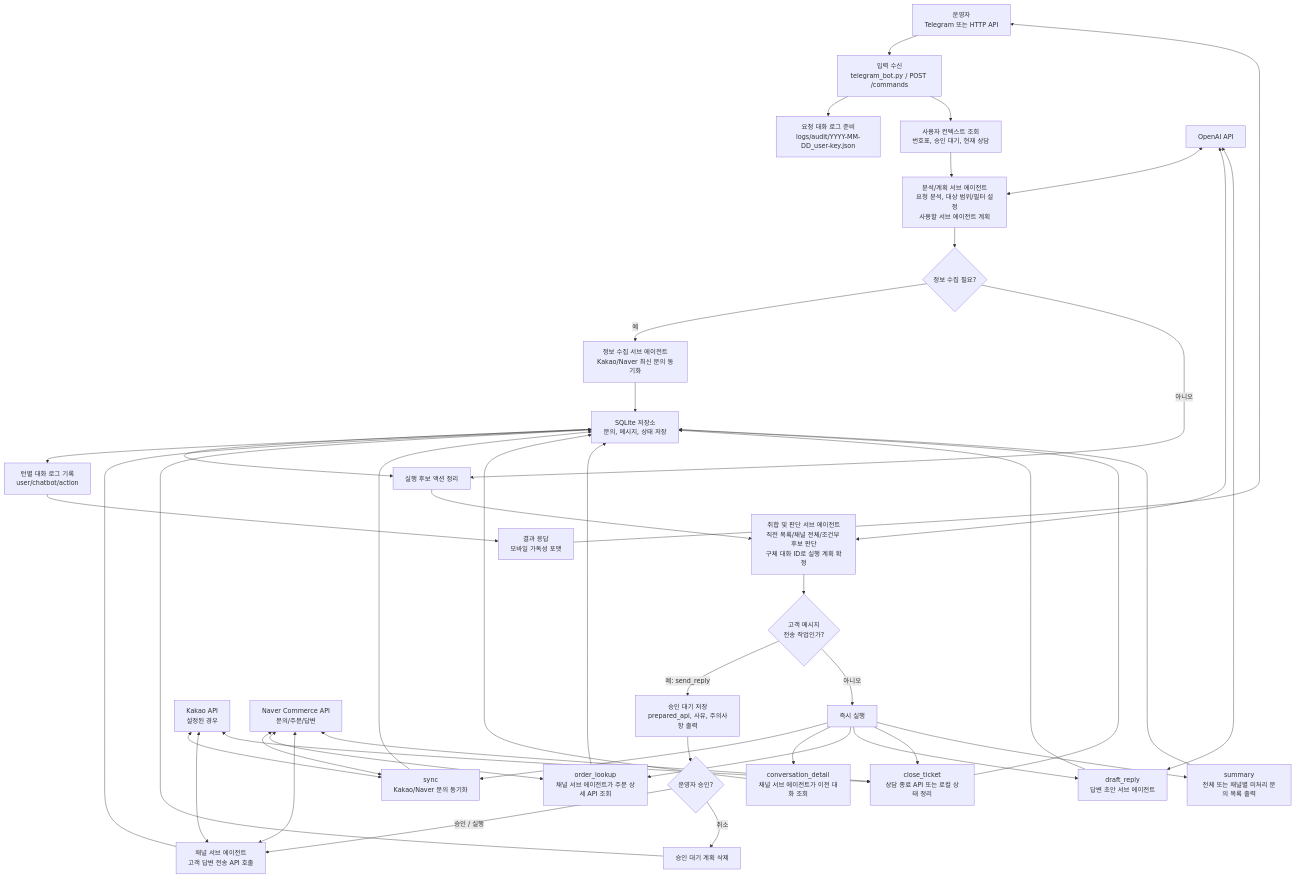
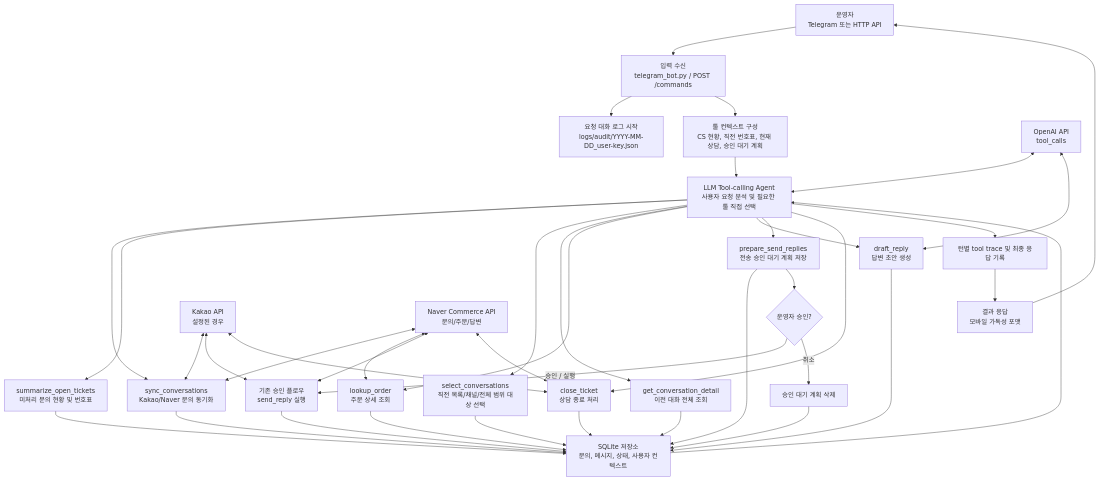
One commit to pardro/shopping-cs changed the diagram in README.md. Above: the diagram before and after it, drawn with Mermaid. The commit also changed other lines of this file and 7 other files, not shown here.

Commit message:
Adopt tool-call CS agent flow

````diff
--- a/README.md
+++ b/README.md
@@ -27,51 +27,46 @@
 ```mermaid
 flowchart TD
     U["운영자<br/>Telegram 또는 HTTP API"] --> IN["입력 수신<br/>telegram_bot.py / POST /commands"]
-    IN --> AUDIT1["요청 대화 로그 준비<br/>logs/audit/YYYY-MM-DD_user-key.json"]
-    IN --> CTX["사용자 컨텍스트 조회<br/>번호표, 승인 대기, 현재 상담"]
-    CTX --> PLAN["분석/계획 서브 에이전트<br/>요청 분석, 대상 범위/필터 설정<br/>사용할 서브 에이전트 계획"]
-    PLAN --> INFO{"정보 수집 필요?"}
-    INFO -- "예" --> COLLECT["정보 수집 서브 에이전트<br/>Kakao/Naver 최신 문의 동기화"]
-    INFO -- "아니오" --> ROUTE["실행 후보 액션 정리"]
-    COLLECT --> REPO["SQLite 저장소<br/>문의, 메시지, 상태 저장"]
-    REPO --> ROUTE
-    ROUTE --> JUDGE["취합 및 판단 서브 에이전트<br/>직전 목록/채널 전체/조건부 후보 판단<br/>구체 대화 ID로 실행 계획 확정"]
-    JUDGE --> APPROVAL{"고객 메시지<br/>전송 작업인가?"}
+    IN --> AUDIT1["요청 대화 로그 시작<br/>logs/audit/YYYY-MM-DD_user-key.json"]
+    IN --> CTX["툴 컨텍스트 구성<br/>CS 현황, 직전 번호표, 현재 상담, 승인 대기 계획"]
+    CTX --> LLM["LLM Tool-calling Agent<br/>사용자 요청 분석 및 필요한 툴 직접 선택"]
 
-    APPROVAL -- "예: send_reply" --> WAIT["승인 대기 저장<br/>prepared_api, 사유, 주의사항 출력"]
-    WAIT --> OPAPPROVE{"운영자 승인?"}
-    OPAPPROVE -- "승인 / 실행" --> SEND["채널 서브 에이전트<br/>고객 답변 전송 API 호출"]
-    OPAPPROVE -- "취소" --> CANCEL["승인 대기 계획 삭제"]
+    LLM --> SYNC["sync_conversations<br/>Kakao/Naver 문의 동기화"]
+    LLM --> SUMMARY["summarize_open_tickets<br/>미처리 문의 현황 및 번호표"]
+    LLM --> SELECT["select_conversations<br/>직전 목록/채널/전체 범위 대상 선택"]
+    LLM --> DETAIL["get_conversation_detail<br/>이전 대화 전체 조회"]
+    LLM --> ORDER["lookup_order<br/>주문 상세 조회"]
+    LLM --> DRAFT["draft_reply<br/>답변 초안 생성"]
+    LLM --> PREPARE["prepare_send_replies<br/>전송 승인 대기 계획 저장"]
+    LLM --> CLOSE["close_ticket<br/>상담 종료 처리"]
 
-    APPROVAL -- "아니오" --> EXEC["즉시 실행"]
-    EXEC --> SYNC["sync<br/>Kakao/Naver 문의 동기화"]
-    EXEC --> DETAIL["conversation_detail<br/>채널 서브 에이전트가 이전 대화 조회"]
-    EXEC --> ORDER["order_lookup<br/>채널 서브 에이전트가 주문 상세 API 조회"]
-    EXEC --> DRAFT["draft_reply<br/>답변 초안 서브 에이전트"]
-    EXEC --> CLOSE["close_ticket<br/>상담 종료 API 또는 로컬 상태 정리"]
-    EXEC --> SUMMARY["summary<br/>전체 또는 채널별 미처리 문의 목록 출력"]
-
-    SYNC --> REPO
+    SYNC --> REPO["SQLite 저장소<br/>문의, 메시지, 상태, 사용자 컨텍스트"]
+    SUMMARY --> REPO
+    SELECT --> REPO
     DETAIL --> REPO
     ORDER --> REPO
     DRAFT --> REPO
+    PREPARE --> REPO
     CLOSE --> REPO
-    SUMMARY --> REPO
+
+    PREPARE --> APPROVAL{"운영자 승인?"}
+    APPROVAL -- "승인 / 실행" --> SEND["기존 승인 플로우<br/>send_reply 실행"]
+    APPROVAL -- "취소" --> CANCEL["승인 대기 계획 삭제"]
     SEND --> REPO
     CANCEL --> REPO
 
-    REPO --> AUDIT2["턴별 대화 로그 기록<br/>user/chatbot/action"]
+    REPO --> LLM
+    LLM --> AUDIT2["턴별 tool trace 및 최종 응답 기록"]
     AUDIT2 --> OUT["결과 응답<br/>모바일 가독성 포맷"]
     OUT --> U
 
     KAKAO["Kakao API<br/>설정된 경우"] <--> SYNC
     KAKAO <--> SEND
     KAKAO <--> CLOSE
     NAVER["Naver Commerce API<br/>문의/주문/답변"] <--> SYNC
     NAVER <--> ORDER
     NAVER <--> SEND
     NAVER <--> CLOSE
-    OPENAI["OpenAI API"] <--> PLAN
-    OPENAI <--> JUDGE
+    OPENAI["OpenAI API<br/>tool_calls"] <--> LLM
     OPENAI <--> DRAFT
 ```
````
